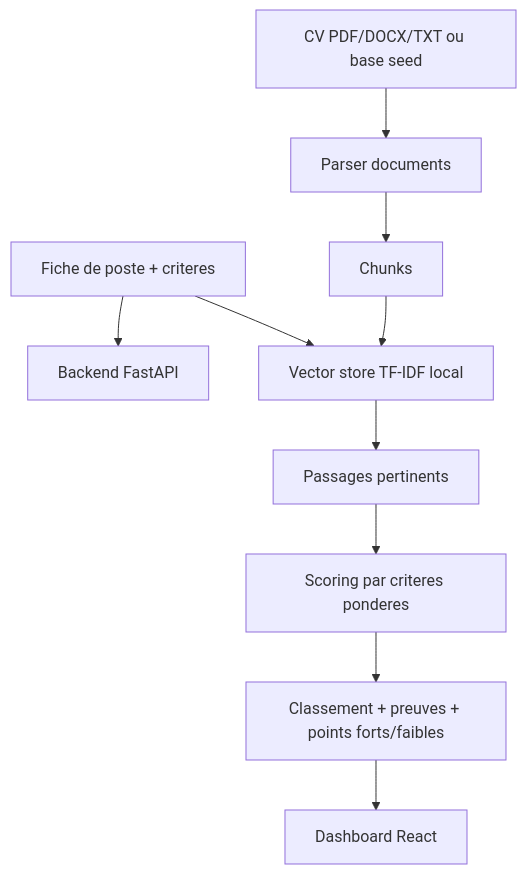
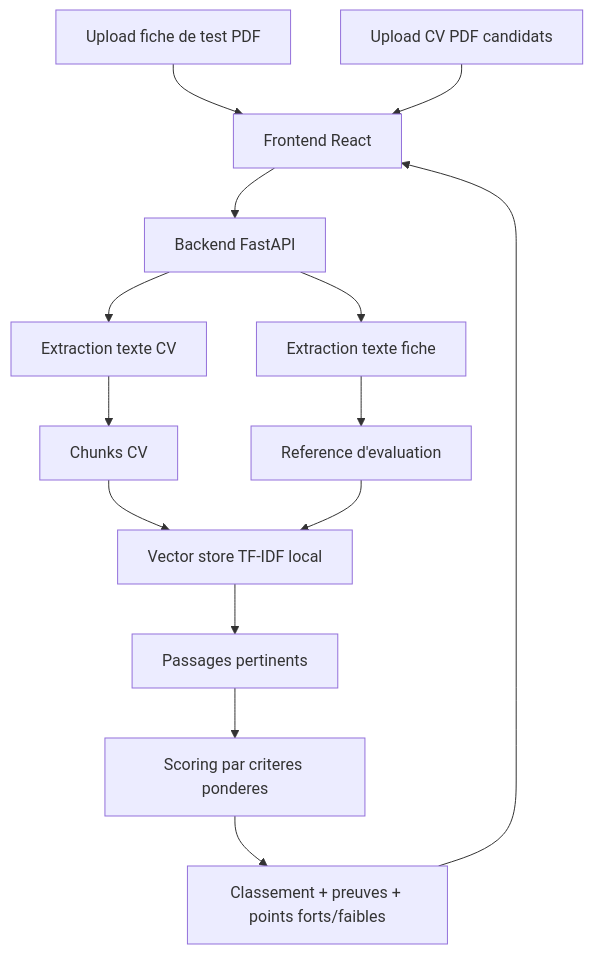
One commit to hamzasennah/projet-stage-d-observation changed the diagram in docs/architecture.md. Above: the diagram before and after it, drawn with Mermaid. The commit also changed other lines of this file and 11 other files, not shown here.

Commit message:
Use criteria document upload flow

````diff
--- a/docs/architecture.md
+++ b/docs/architecture.md
@@ -9,12 +9,16 @@
 ```mermaid
 flowchart TD
-    A["Fiche de poste + criteres"] --> B["Backend FastAPI"]
-    C["CV PDF/DOCX/TXT ou base seed"] --> D["Parser documents"]
-    D --> E["Chunks"]
-    E --> F["Vector store TF-IDF local"]
-    A --> F
-    F --> G["Passages pertinents"]
-    G --> H["Scoring par criteres ponderes"]
-    H --> I["Classement + preuves + points forts/faibles"]
-    I --> J["Dashboard React"]
+    A["Upload fiche de test PDF"] --> B["Frontend React"]
+    C["Upload CV PDF candidats"] --> B
+    B --> D["Backend FastAPI"]
+    D --> E["Extraction texte fiche"]
+    D --> F["Extraction texte CV"]
+    E --> G["Reference d'evaluation"]
+    F --> H["Chunks CV"]
+    H --> I["Vector store TF-IDF local"]
+    G --> I
+    I --> J["Passages pertinents"]
+    J --> K["Scoring par criteres ponderes"]
+    K --> L["Classement + preuves + points forts/faibles"]
+    L --> B
 ```
````
